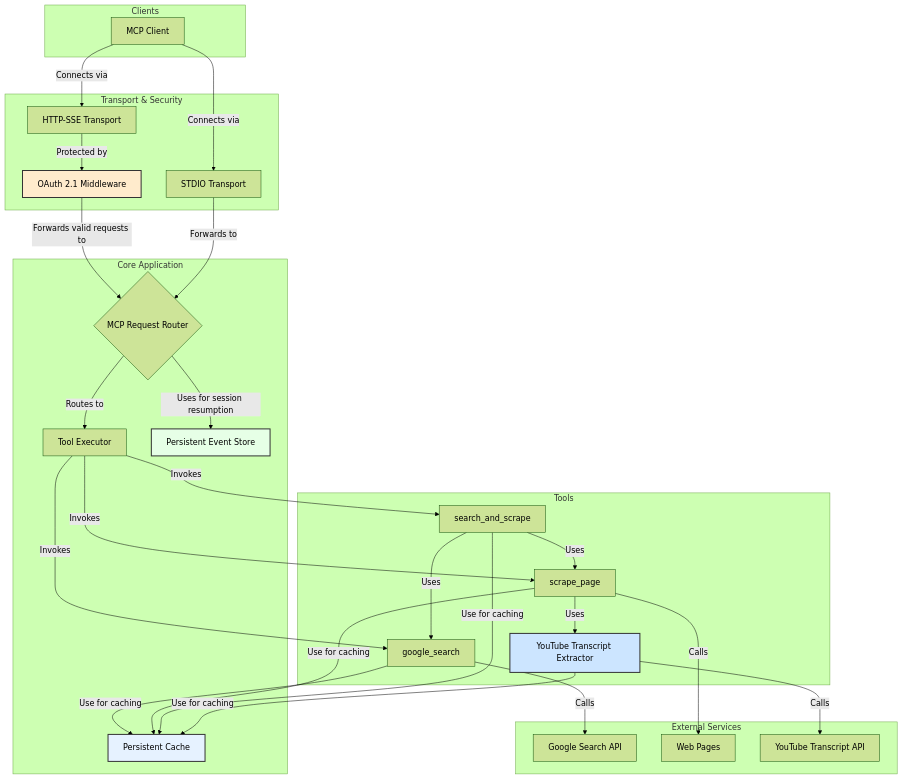
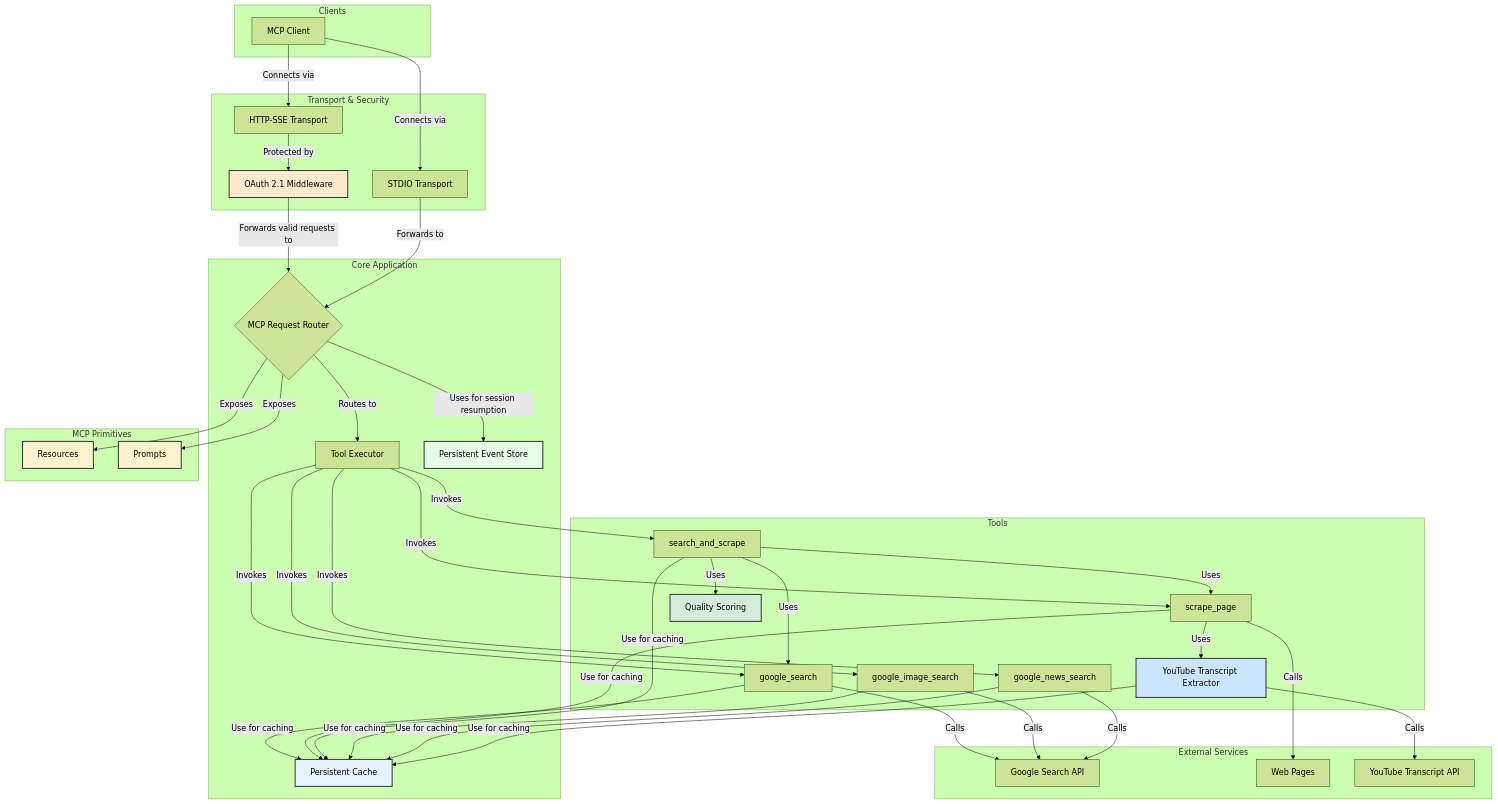
Before and after one commit to jimweller/google-research-mcp: the diagram in docs/architecture/architecture.md, drawn with Mermaid (forest theme). The commit also changed other lines of this file and 1 other file, not shown here.

First line of the commit message:
docs: update README and architecture docs for tier-2 features

````diff
--- a/docs/architecture/architecture.md
+++ b/docs/architecture/architecture.md
@@ -45,62 +51,81 @@
 ```mermaid
 graph TD
     subgraph "Clients"
         A[MCP Client]
     end
 
     subgraph "Transport & Security"
         B[STDIO Transport]
         C[HTTP-SSE Transport]
         L[OAuth 2.1 Middleware]
     end
 
     subgraph "Core Application"
         D{MCP Request Router}
         E[Tool Executor]
         J[Persistent Cache]
         K[Persistent Event Store]
     end
 
     subgraph "Tools"
         F[google_search]
         G[scrape_page]
         I[search_and_scrape]
+        IMG[google_image_search]
+        NEWS[google_news_search]
         YT[YouTube Transcript Extractor]
+        QS[Quality Scoring]
+    end
+
+    subgraph "MCP Primitives"
+        RES[Resources]
+        PROMPTS[Prompts]
     end
 
     subgraph "External Services"
         M[Google Search API]
         N[Web Pages]
         P[YouTube Transcript API]
     end
 
     A -- Connects via --> B
     A -- Connects via --> C
 
     C -- Protected by --> L
     L -- Forwards valid requests to --> D
     B -- Forwards to --> D
 
     D -- Routes to --> E
     E -- Invokes --> F
     E -- Invokes --> G
     E -- Invokes --> I
+    E -- Invokes --> IMG
+    E -- Invokes --> NEWS
+
+    D -- Exposes --> RES
+    D -- Exposes --> PROMPTS
 
     G -- Uses --> YT
+    I -- Uses --> QS
 
     F -- Calls --> M
     G -- Calls --> N
+    IMG -- Calls --> M
+    NEWS -- Calls --> M
     YT -- Calls --> P
 
     I -- Uses --> F
     I -- Uses --> G
 
-    F & G & I & YT -- Use for caching --> J
+    F & G & I & IMG & NEWS & YT -- Use for caching --> J
     D -- Uses for session resumption --> K
 
     style YT fill:#cce5ff,stroke:#333,stroke-width:2px
+    style QS fill:#d4edda,stroke:#333,stroke-width:2px
+    style RES fill:#fff3cd,stroke:#333,stroke-width:2px
+    style PROMPTS fill:#fff3cd,stroke:#333,stroke-width:2px
 
     style J fill:#e6f2ff,stroke:#333,stroke-width:2px
     style K fill:#e6ffe6,stroke:#333,stroke-width:2px
     style L fill:#ffebcc,stroke:#333,stroke-width:2px
 ```
````
